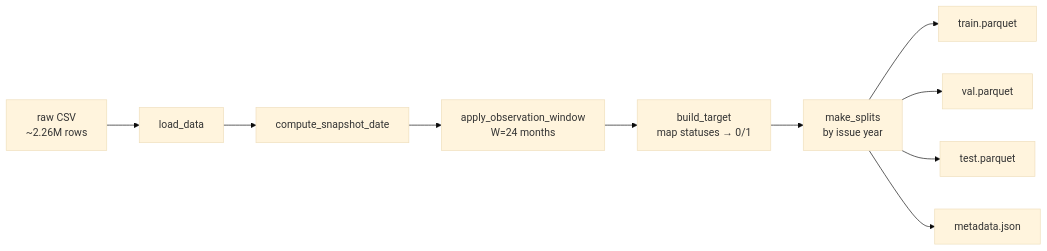
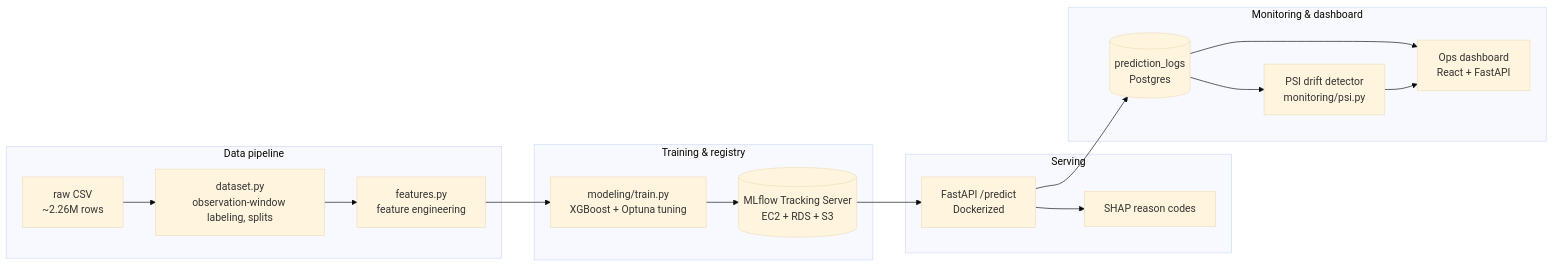
The diagram in README.md (Ak62007/Credit-Risk-Default-Prediction-System), drawn with Mermaid (base theme) before and after one commit. The commit also changed other lines of this file and 3 other files, not shown here.

````diff
--- a/README.md
+++ b/README.md
@@ -103,12 +140,24 @@
 ```mermaid
 flowchart LR
-    A[raw CSV<br/>~2.26M rows] --> B[load_data]
-    B --> C[compute_snapshot_date]
-    C --> D[apply_observation_window<br/>W=24 months]
-    D --> E[build_target<br/>map statuses → 0/1]
-    E --> F[make_splits<br/>by issue year]
-    F --> G[train.parquet]
-    F --> H[val.parquet]
-    F --> I[test.parquet]
-    F --> J[metadata.json]
+    subgraph Data[Data pipeline]
+        A[raw CSV<br/>~2.26M rows] --> B[dataset.py<br/>observation-window labeling, splits]
+        B --> C[features.py<br/>feature engineering]
+    end
+
+    subgraph Training[Training & registry]
+        C --> D[modeling/train.py<br/>XGBoost + Optuna tuning]
+        D --> E[(MLflow Tracking Server<br/>EC2 + RDS + S3)]
+    end
+
+    subgraph Serving[Serving]
+        E --> F[FastAPI /predict<br/>Dockerized]
+        F --> G[SHAP reason codes]
+    end
+
+    subgraph Monitoring[Monitoring & dashboard]
+        F --> H[(prediction_logs<br/>Postgres)]
+        H --> I[PSI drift detector<br/>monitoring/psi.py]
+        H --> J[Ops dashboard<br/>React + FastAPI]
+        I --> J
+    end
 ```
````
